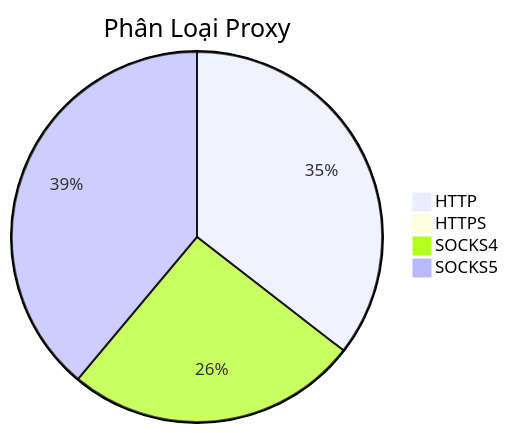
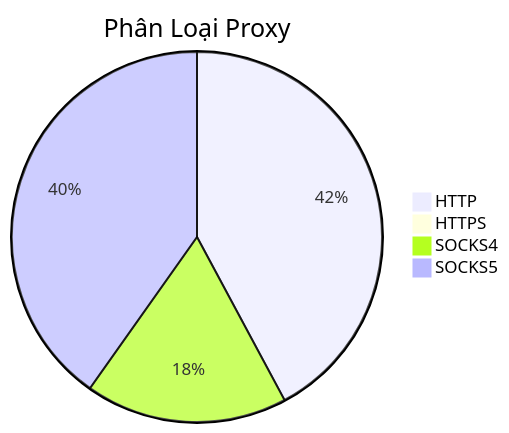
One commit to Ciara-12/PROXY-free changed the diagram in README.md. Above: the diagram before and after it, drawn with Mermaid. The commit also changed other lines of this file and 4 other files, not shown here.

````diff
--- a/README.md
+++ b/README.md
@@ -26,7 +26,7 @@
 ```mermaid
 pie title Phân Loại Proxy
-    "HTTP" : 291
-    "HTTPS" : 2
-    "SOCKS4" : 210
-    "SOCKS5" : 319
+    "HTTP" : 301
+    "HTTPS" : 3
+    "SOCKS4" : 126
+    "SOCKS5" : 287
 ```
````
